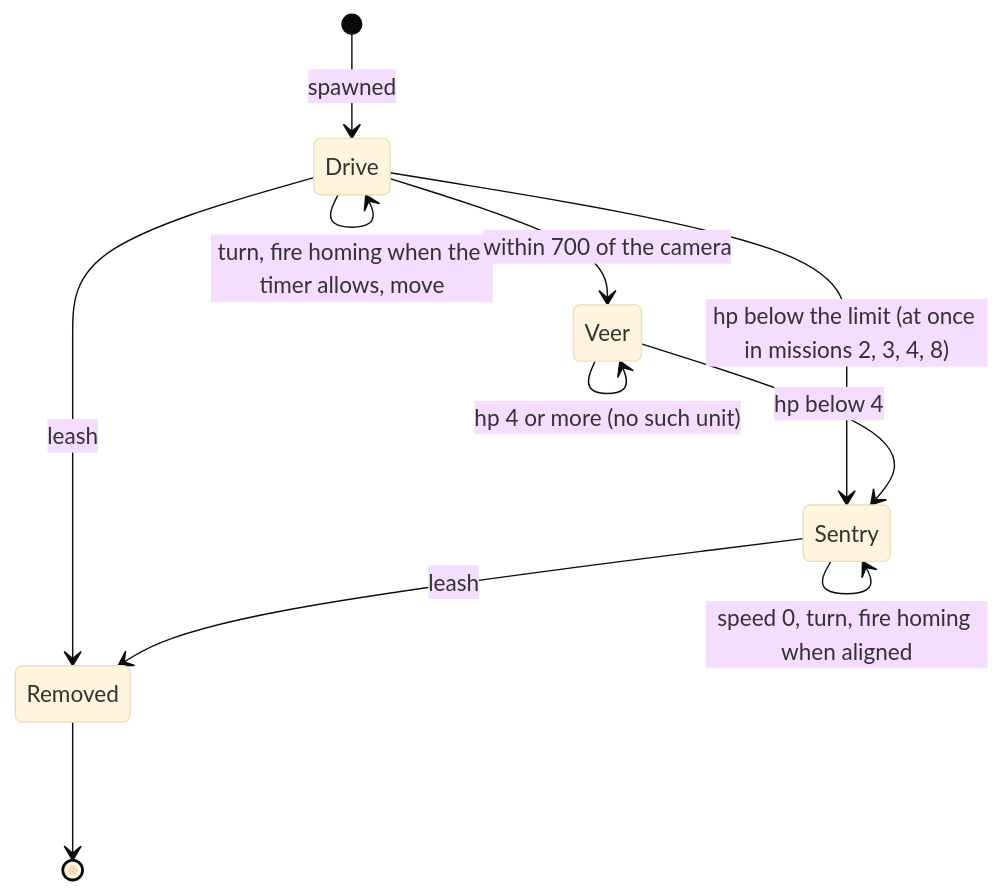
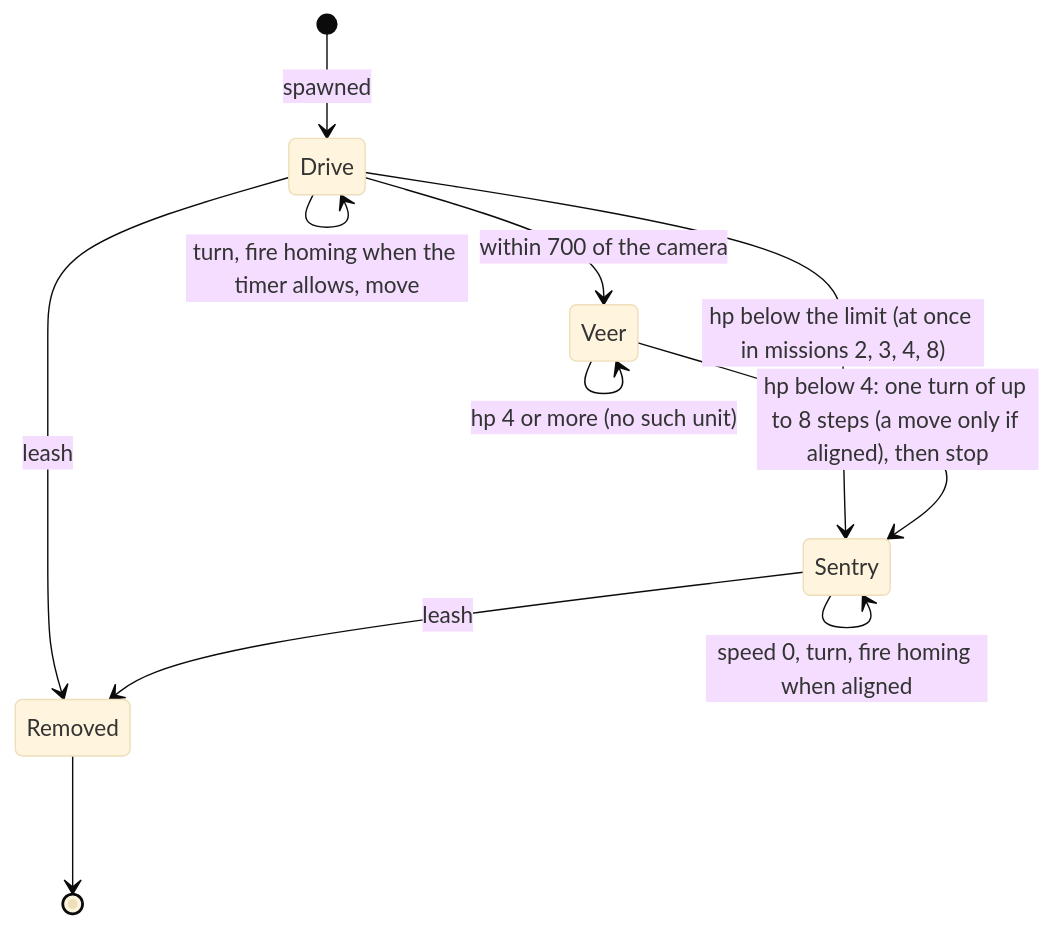
Diagram 12 of 21 in games/battle-command/docs/07-objects.md (alfishe/unrealng-reverse-cases), drawn with Mermaid (base theme) before and after one commit. The commit also changed other lines of this file and 46 other files, not shown here.

````diff
--- a/games/battle-command/docs/07-objects.md
+++ b/games/battle-command/docs/07-objects.md
@@ -1489,13 +1493,13 @@
 ```mermaid
 stateDiagram-v2
   [*] --> Drive: spawned
   Drive --> Drive: turn, fire homing when the timer allows, move
   Drive --> Sentry: hp below the limit (at once in missions 2, 3, 4, 8)
   Drive --> Veer: within 700 of the camera
-  Veer --> Sentry: hp below 4
+  Veer --> Sentry: hp below 4: one turn of up to 8 steps (a move only if aligned), then stop
   Veer --> Veer: hp 4 or more (no such unit)
   Sentry --> Sentry: speed 0, turn, fire homing when aligned
   Drive --> Removed: leash
   Sentry --> Removed: leash
   Removed --> [*]
 ```
````
